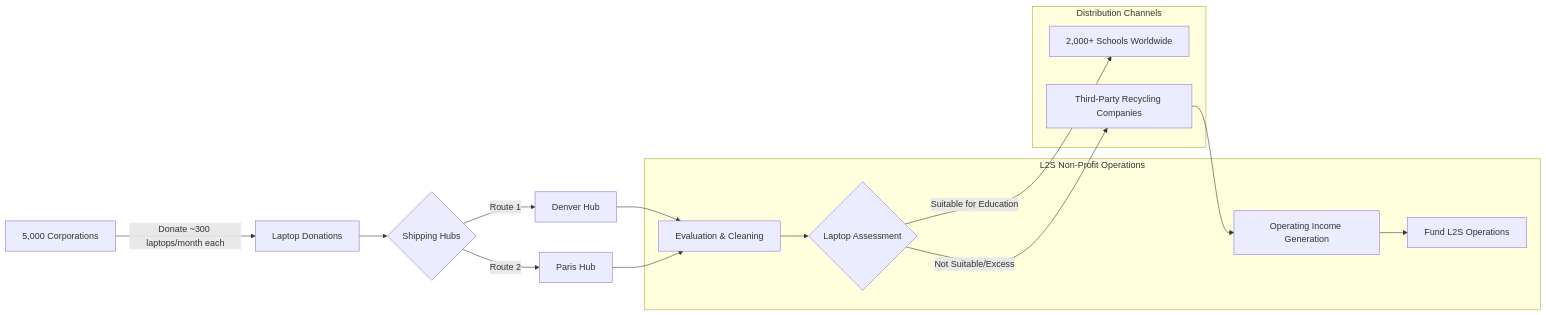
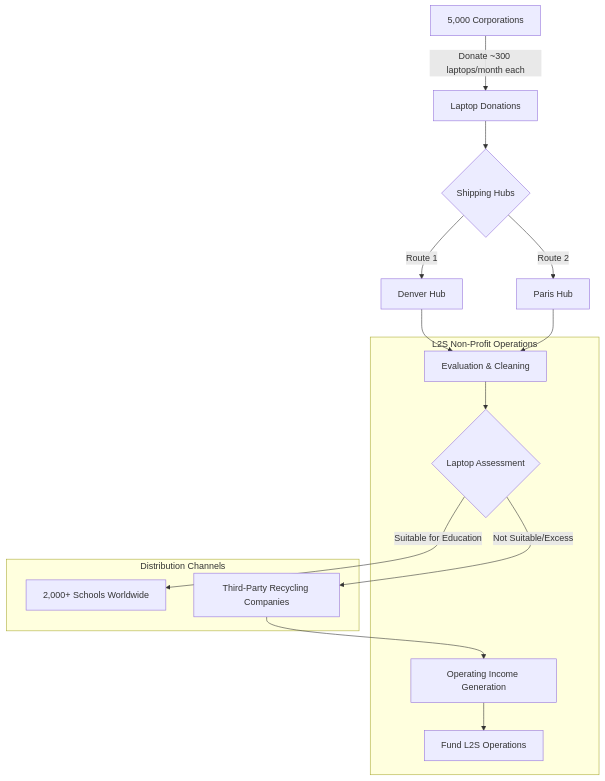
One commit to matthew-zolp/Laptops2Schools changed the diagram in L2S_BusinessProcessFlow.md. Above: the diagram before and after it, drawn with Mermaid.

Commit message:
Update BPF

````diff
--- a/L2S_BusinessProcessFlow.md
+++ b/L2S_BusinessProcessFlow.md
@@ -1,29 +1,29 @@
 ```mermaid
-flowchart LR
+flowchart TD
     A[5,000 Corporations] -->|Donate ~300 laptops/month each| B[Laptop Donations]
     B --> C{Shipping Hubs}
     C -->|Route 1| D[Denver Hub]
     C -->|Route 2| E[Paris Hub]
     
     D --> F[Evaluation & Cleaning]
     E --> F
     
     F --> G{Laptop Assessment}
     G -->|Suitable for Education| H[2,000+ Schools Worldwide]
     G -->|Not Suitable/Excess| I[Third-Party Recycling Companies]
     
     I --> J[Operating Income Generation]
     J --> K[Fund L2S Operations]
     
     subgraph "L2S Non-Profit Operations"
         F
         G
         J
         K
     end
     
     subgraph "Distribution Channels"
         H
         I
     end
 ```
````
